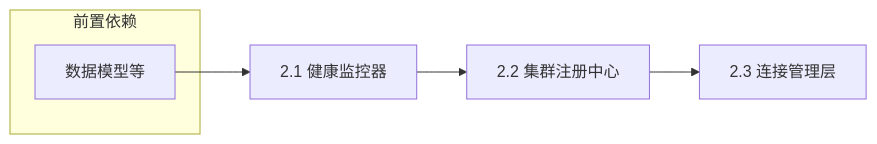
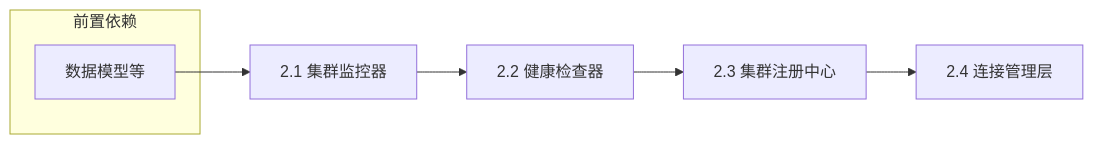
Before and after one commit to zorro-gridi/ray_multicluster_scheduler: the third of 6 diagrams in depOps.md, drawn with Mermaid. The commit also changed other lines of this file and 131 other files, not shown here.

````diff
--- a/depOps.md
+++ b/depOps.md
@@ -379,10 +582,11 @@
 ```mermaid
 flowchart LR
     subgraph Phase1 [前置依赖]
         P1[数据模型等]
     end
 
     P1 --> A;
-    A[2.1 健康监控器] --> B[2.2 集群注册中心];
-    B --> C[2.3 连接管理层];
+    A[2.1 集群监控器] --> B[2.2 健康检查器];
+    B --> C[2.3 集群注册中心];
+    C --> D[2.4 连接管理层];
 ```
````
